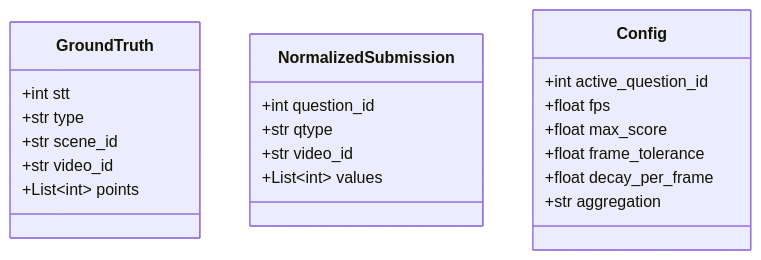
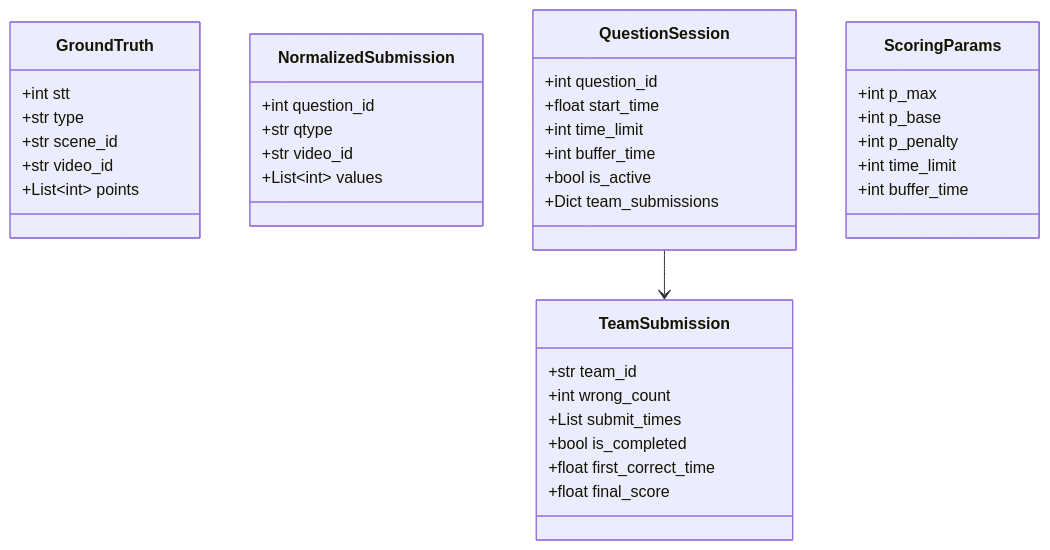
Before and after one commit to finalFlash159/mock-server-scoring-api-for-AIC-VBS: the third of 9 diagrams in docs/system-design.md, drawn with Mermaid. The commit also changed other lines of this file and 4 other files, not shown here.

````diff
--- a/docs/system-design.md
+++ b/docs/system-design.md
@@ -50,26 +68,45 @@
 ```mermaid
 classDiagram
     class GroundTruth {
         +int stt
         +str type
         +str scene_id
         +str video_id
         +List~int~ points
     }
     
     class NormalizedSubmission {
         +int question_id
         +str qtype
         +str video_id
         +List~int~ values
     }
     
-    class Config {
-        +int active_question_id
-        +float fps
-        +float max_score
-        +float frame_tolerance
-        +float decay_per_frame
-        +str aggregation
+    class QuestionSession {
+        +int question_id
+        +float start_time
+        +int time_limit
+        +int buffer_time
+        +bool is_active
+        +Dict team_submissions
     }
+    
+    class TeamSubmission {
+        +str team_id
+        +int wrong_count
+        +List submit_times
+        +bool is_completed
+        +float first_correct_time
+        +float final_score
+    }
+    
+    class ScoringParams {
+        +int p_max
+        +int p_base
+        +int p_penalty
+        +int time_limit
+        +int buffer_time
+    }
+    
+    QuestionSession --> TeamSubmission
 ```
````
